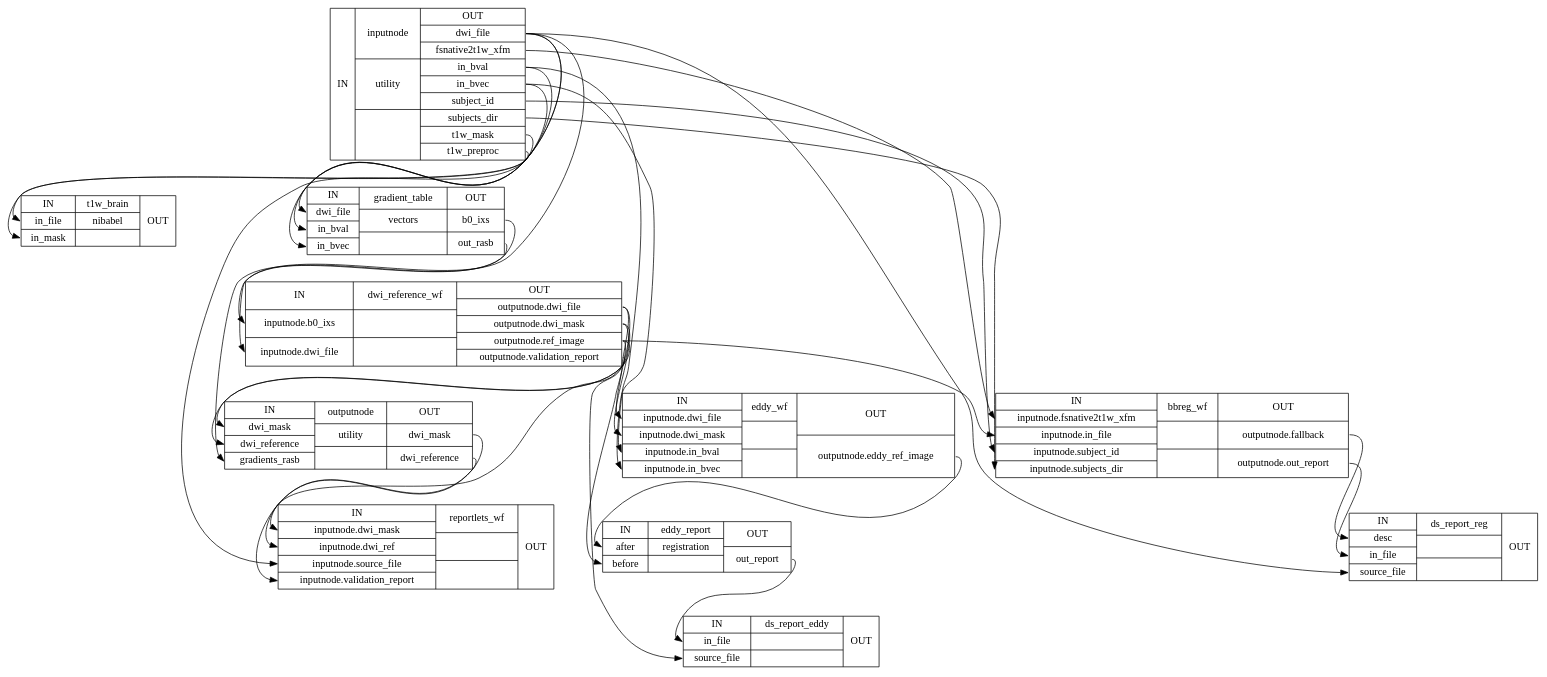
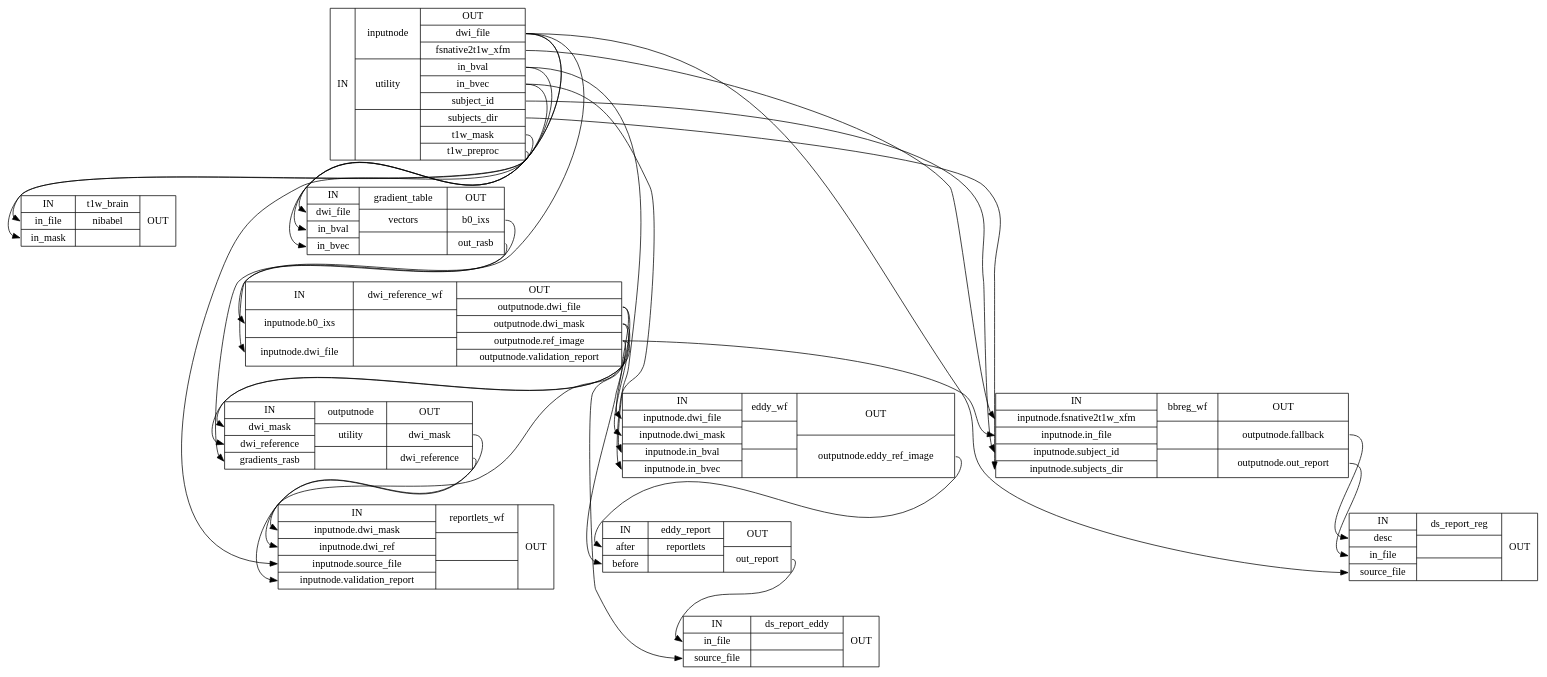
One commit to nipreps/dmriprep changed the diagram in 0.4.0/wf_directive/api/dwi_preproc_wf/dmriprep-workflows-dwi-base-1_detailed.dot. Above: the diagram before and after it, drawn with Graphviz. The commit also changed 473 other files, not shown here.

```diff
--- a/0.4.0/wf_directive/api/dwi_preproc_wf/dmriprep-workflows-dwi-base-1_detailed.dot
+++ b/0.4.0/wf_directive/api/dwi_preproc_wf/dmriprep-workflows-dwi-base-1_detailed.dot
@@ -1,43 +1,43 @@
 digraph structs {
 node [shape=record];
 dwi_preproc_wfinputnode [label="{IN}|{ inputnode | utility |  }|{OUT|<outdwifile> dwi_file|<outfsnative2t1wxfm> fsnative2t1w_xfm|<outinbval> in_bval|<outinbvec> in_bvec|<outsubjectid> subject_id|<outsubjectsdir> subjects_dir|<outt1wmask> t1w_mask|<outt1wpreproc> t1w_preproc}"];
 dwi_preproc_wft1w_brain [label="{IN|<ininfile> in_file|<ininmask> in_mask}|{ t1w_brain | nibabel |  }|{OUT}"];
 dwi_preproc_wfgradient_table [label="{IN|<indwifile> dwi_file|<ininbval> in_bval|<ininbvec> in_bvec}|{ gradient_table | vectors |  }|{OUT|<outb0ixs> b0_ixs|<outoutrasb> out_rasb}"];
 dwi_preproc_wfdwi_reference_wf [label="{IN|<ininputnodeb0ixs> inputnode.b0_ixs|<ininputnodedwifile> inputnode.dwi_file}|{ dwi_reference_wf |  |  }|{OUT|<outoutputnodedwifile> outputnode.dwi_file|<outoutputnodedwimask> outputnode.dwi_mask|<outoutputnoderefimage> outputnode.ref_image|<outoutputnodevalidationreport> outputnode.validation_report}"];
 dwi_preproc_wfoutputnode [label="{IN|<indwimask> dwi_mask|<indwireference> dwi_reference|<ingradientsrasb> gradients_rasb}|{ outputnode | utility |  }|{OUT|<outdwimask> dwi_mask|<outdwireference> dwi_reference}"];
 dwi_preproc_wfreportlets_wf [label="{IN|<ininputnodedwimask> inputnode.dwi_mask|<ininputnodedwiref> inputnode.dwi_ref|<ininputnodesourcefile> inputnode.source_file|<ininputnodevalidationreport> inputnode.validation_report}|{ reportlets_wf |  |  }|{OUT}"];
 dwi_preproc_wfeddy_wf [label="{IN|<ininputnodedwifile> inputnode.dwi_file|<ininputnodedwimask> inputnode.dwi_mask|<ininputnodeinbval> inputnode.in_bval|<ininputnodeinbvec> inputnode.in_bvec}|{ eddy_wf |  |  }|{OUT|<outoutputnodeeddyrefimage> outputnode.eddy_ref_image}"];
-dwi_preproc_wfeddy_report [label="{IN|<inafter> after|<inbefore> before}|{ eddy_report | registration |  }|{OUT|<outoutreport> out_report}"];
+dwi_preproc_wfeddy_report [label="{IN|<inafter> after|<inbefore> before}|{ eddy_report | reportlets |  }|{OUT|<outoutreport> out_report}"];
 dwi_preproc_wfds_report_eddy [label="{IN|<ininfile> in_file|<insourcefile> source_file}|{ ds_report_eddy |  |  }|{OUT}"];
 dwi_preproc_wfbbreg_wf [label="{IN|<ininputnodefsnative2t1wxfm> inputnode.fsnative2t1w_xfm|<ininputnodeinfile> inputnode.in_file|<ininputnodesubjectid> inputnode.subject_id|<ininputnodesubjectsdir> inputnode.subjects_dir}|{ bbreg_wf |  |  }|{OUT|<outoutputnodefallback> outputnode.fallback|<outoutputnodeoutreport> outputnode.out_report}"];
 dwi_preproc_wfds_report_reg [label="{IN|<indesc> desc|<ininfile> in_file|<insourcefile> source_file}|{ ds_report_reg |  |  }|{OUT}"];
 dwi_preproc_wfbbreg_wf:outoutputnodefallback:e -> dwi_preproc_wfds_report_reg:indesc:w;
 dwi_preproc_wfbbreg_wf:outoutputnodeoutreport:e -> dwi_preproc_wfds_report_reg:ininfile:w;
 dwi_preproc_wfdwi_reference_wf:outoutputnodedwifile:e -> dwi_preproc_wfds_report_eddy:insourcefile:w;
 dwi_preproc_wfdwi_reference_wf:outoutputnodedwifile:e -> dwi_preproc_wfeddy_wf:ininputnodedwifile:w;
 dwi_preproc_wfdwi_reference_wf:outoutputnodedwimask:e -> dwi_preproc_wfeddy_wf:ininputnodedwimask:w;
 dwi_preproc_wfdwi_reference_wf:outoutputnodedwimask:e -> dwi_preproc_wfoutputnode:indwimask:w;
 dwi_preproc_wfdwi_reference_wf:outoutputnoderefimage:e -> dwi_preproc_wfbbreg_wf:ininputnodeinfile:w;
 dwi_preproc_wfdwi_reference_wf:outoutputnoderefimage:e -> dwi_preproc_wfeddy_report:inbefore:w;
 dwi_preproc_wfdwi_reference_wf:outoutputnoderefimage:e -> dwi_preproc_wfoutputnode:indwireference:w;
 dwi_preproc_wfdwi_reference_wf:outoutputnodevalidationreport:e -> dwi_preproc_wfreportlets_wf:ininputnodevalidationreport:w;
 dwi_preproc_wfeddy_report:outoutreport:e -> dwi_preproc_wfds_report_eddy:ininfile:w;
 dwi_preproc_wfeddy_wf:outoutputnodeeddyrefimage:e -> dwi_preproc_wfeddy_report:inafter:w;
 dwi_preproc_wfgradient_table:outb0ixs:e -> dwi_preproc_wfdwi_reference_wf:ininputnodeb0ixs:w;
 dwi_preproc_wfgradient_table:outoutrasb:e -> dwi_preproc_wfoutputnode:ingradientsrasb:w;
 dwi_preproc_wfinputnode:outdwifile:e -> dwi_preproc_wfds_report_reg:insourcefile:w;
 dwi_preproc_wfinputnode:outdwifile:e -> dwi_preproc_wfdwi_reference_wf:ininputnodedwifile:w;
 dwi_preproc_wfinputnode:outdwifile:e -> dwi_preproc_wfgradient_table:indwifile:w;
 dwi_preproc_wfinputnode:outdwifile:e -> dwi_preproc_wfreportlets_wf:ininputnodesourcefile:w;
 dwi_preproc_wfinputnode:outfsnative2t1wxfm:e -> dwi_preproc_wfbbreg_wf:ininputnodefsnative2t1wxfm:w;
 dwi_preproc_wfinputnode:outinbval:e -> dwi_preproc_wfeddy_wf:ininputnodeinbval:w;
 dwi_preproc_wfinputnode:outinbval:e -> dwi_preproc_wfgradient_table:ininbval:w;
 dwi_preproc_wfinputnode:outinbvec:e -> dwi_preproc_wfeddy_wf:ininputnodeinbvec:w;
 dwi_preproc_wfinputnode:outinbvec:e -> dwi_preproc_wfgradient_table:ininbvec:w;
 dwi_preproc_wfinputnode:outsubjectid:e -> dwi_preproc_wfbbreg_wf:ininputnodesubjectid:w;
 dwi_preproc_wfinputnode:outsubjectsdir:e -> dwi_preproc_wfbbreg_wf:ininputnodesubjectsdir:w;
 dwi_preproc_wfinputnode:outt1wmask:e -> dwi_preproc_wft1w_brain:ininmask:w;
 dwi_preproc_wfinputnode:outt1wpreproc:e -> dwi_preproc_wft1w_brain:ininfile:w;
 dwi_preproc_wfoutputnode:outdwimask:e -> dwi_preproc_wfreportlets_wf:ininputnodedwimask:w;
 dwi_preproc_wfoutputnode:outdwireference:e -> dwi_preproc_wfreportlets_wf:ininputnodedwiref:w;
 }
```
